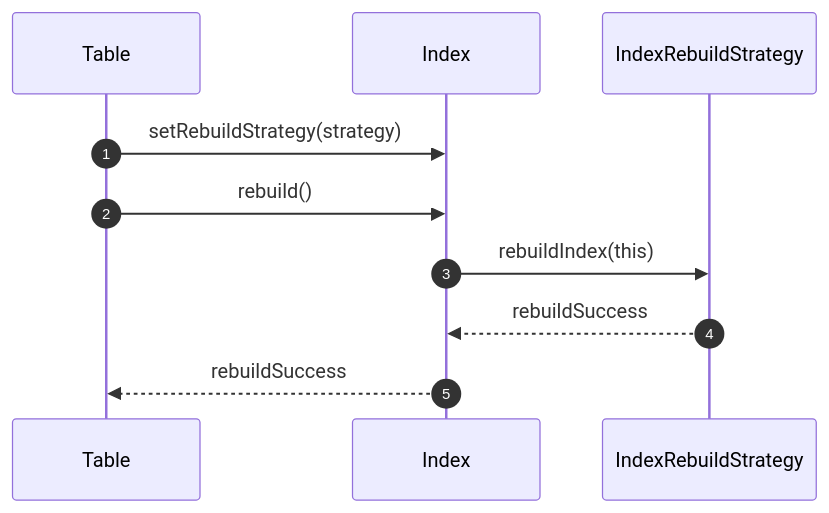
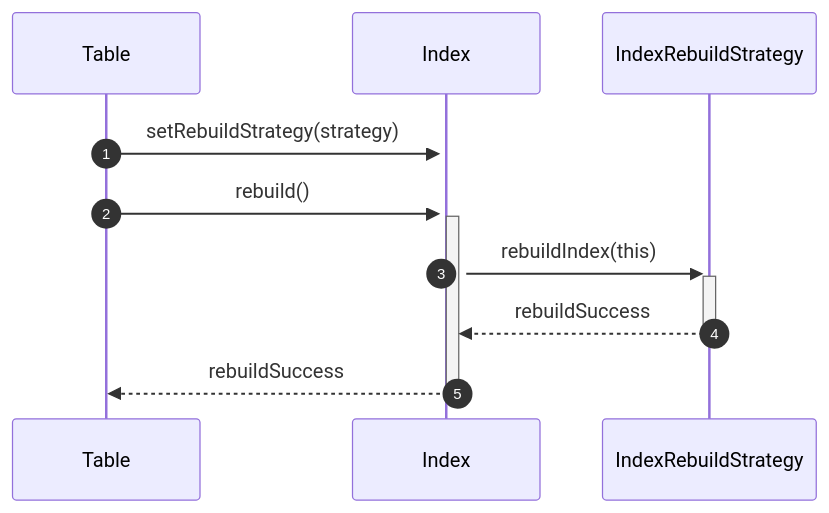
Before and after one commit to Dikhang1112/Database_Management_BBV: diagram 14 of 14 in docs/design_patterns/README.md, drawn with Mermaid. The commit also changed other lines of this file and 12 other files, not shown here.

Commit message:
Refactor sequece diagram

````diff
--- a/docs/design_patterns/README.md
+++ b/docs/design_patterns/README.md
@@ -847,13 +847,13 @@
 ```mermaid
 sequenceDiagram
     autonumber
     participant Table as Table
     participant Index as Index
     participant Strategy as IndexRebuildStrategy
 
-    Table->>Index: setRebuildStrategy(strategy)
-    Table->>Index: rebuild()
-    Index->>Strategy: rebuildIndex(this)
-    Strategy-->>Index: rebuildSuccess
-    Index-->>Table: rebuildSuccess
+    Table->>+Index: setRebuildStrategy(strategy)
+    Table->>+Index: rebuild()
+    Index->>+Strategy: rebuildIndex(this)
+    Strategy-->>-Index: rebuildSuccess
+    Index-->>-Table: rebuildSuccess
 ```
````
